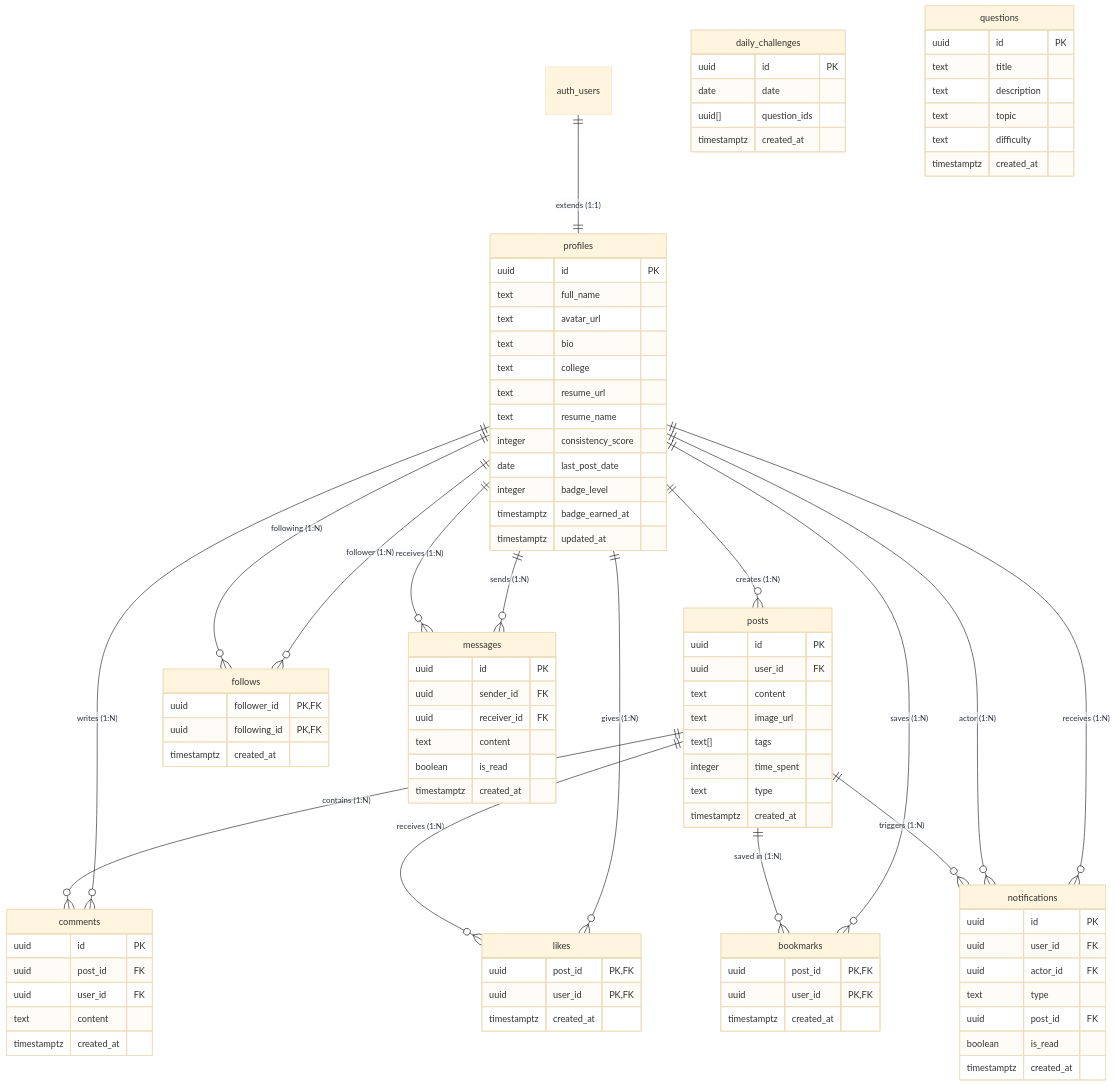
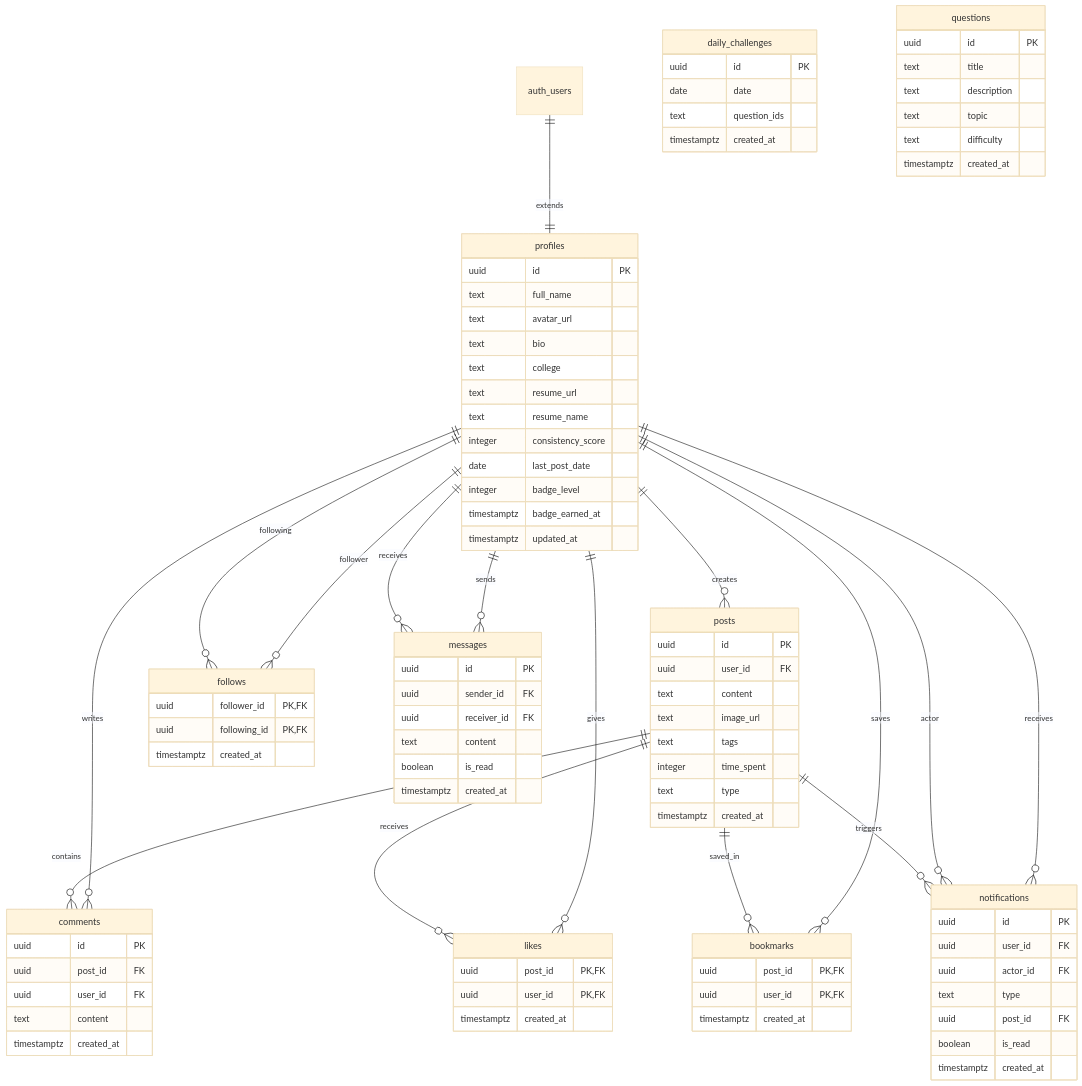
Before and after one commit to samiralam321/NewTrackr: the diagram in docs/DATABASE.md, drawn with Mermaid (base theme). The commit also changed 2 other files, not shown here.

Commit message:
fix(docs): optimize Mermaid syntax for GitHub renderer compatibility

````diff
--- a/docs/DATABASE.md
+++ b/docs/DATABASE.md
@@ -11,21 +11,21 @@
 ```mermaid
 erDiagram
-    auth_users ||--|| profiles : "extends (1:1)"
-    profiles ||--o{ posts : "creates (1:N)"
-    profiles ||--o{ comments : "writes (1:N)"
-    profiles ||--o{ likes : "gives (1:N)"
-    profiles ||--o{ bookmarks : "saves (1:N)"
-    profiles ||--o{ follows : "follower (1:N)"
-    profiles ||--o{ follows : "following (1:N)"
-    profiles ||--o{ messages : "sends (1:N)"
-    profiles ||--o{ messages : "receives (1:N)"
-    profiles ||--o{ notifications : "receives (1:N)"
-    profiles ||--o{ notifications : "actor (1:N)"
+    auth_users ||--|| profiles : "extends"
+    profiles ||--o{ posts : "creates"
+    profiles ||--o{ comments : "writes"
+    profiles ||--o{ likes : "gives"
+    profiles ||--o{ bookmarks : "saves"
+    profiles ||--o{ follows : "follower"
+    profiles ||--o{ follows : "following"
+    profiles ||--o{ messages : "sends"
+    profiles ||--o{ messages : "receives"
+    profiles ||--o{ notifications : "receives"
+    profiles ||--o{ notifications : "actor"
 
-    posts ||--o{ comments : "contains (1:N)"
-    posts ||--o{ likes : "receives (1:N)"
-    posts ||--o{ bookmarks : "saved in (1:N)"
-    posts ||--o{ notifications : "triggers (1:N)"
+    posts ||--o{ comments : "contains"
+    posts ||--o{ likes : "receives"
+    posts ||--o{ bookmarks : "saved_in"
+    posts ||--o{ notifications : "triggers"
 
     profiles {
         uuid id PK
@@ -47,7 +47,7 @@
         uuid user_id FK
         text content
         text image_url
-        text[] tags
+        text tags
         integer time_spent
         text type
         timestamptz created_at
@@ -101,7 +101,7 @@
     daily_challenges {
         uuid id PK
         date date
-        uuid[] question_ids
+        text question_ids
         timestamptz created_at
     }
 
````
